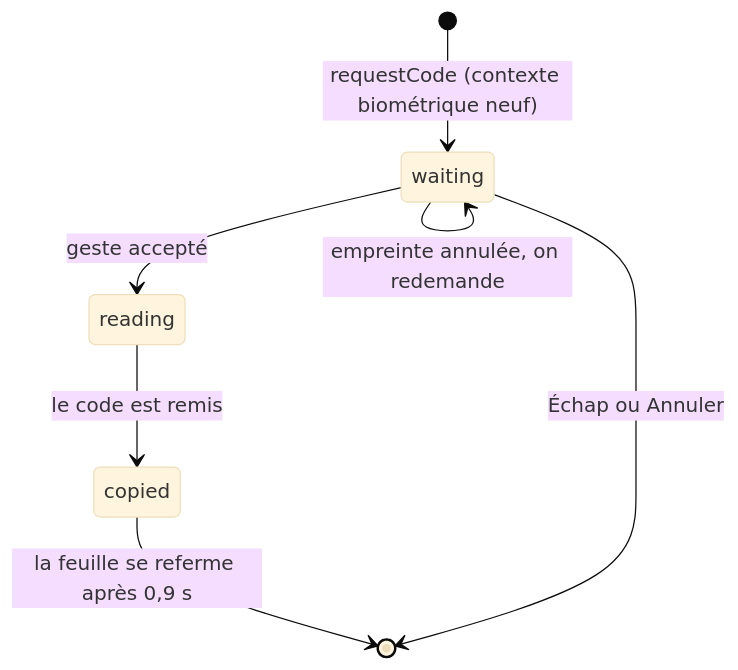
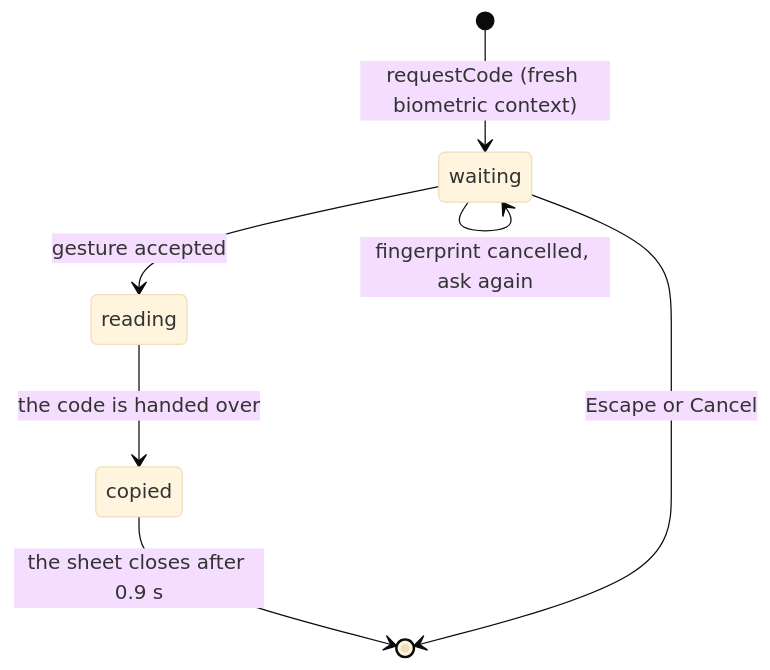
Before and after one commit to millianlmx/NotchOTP: the third of 3 diagrams in docs/architecture.md, drawn with Mermaid (base theme). The commit also changed other lines of this file and 1 other file, not shown here.

````diff
--- a/docs/architecture.md
+++ b/docs/architecture.md
@@ -81,9 +80,9 @@
 ```mermaid
 stateDiagram-v2
-    [*] --> waiting: requestCode (contexte biométrique neuf)
-    waiting --> reading: geste accepté
-    reading --> copied: le code est remis
-    copied --> [*]: la feuille se referme après 0,9 s
-    waiting --> [*]: Échap ou Annuler
-    waiting --> waiting: empreinte annulée, on redemande
+    [*] --> waiting: requestCode (fresh biometric context)
+    waiting --> reading: gesture accepted
+    reading --> copied: the code is handed over
+    copied --> [*]: the sheet closes after 0.9 s
+    waiting --> [*]: Escape or Cancel
+    waiting --> waiting: fingerprint cancelled, ask again
 ```
````
